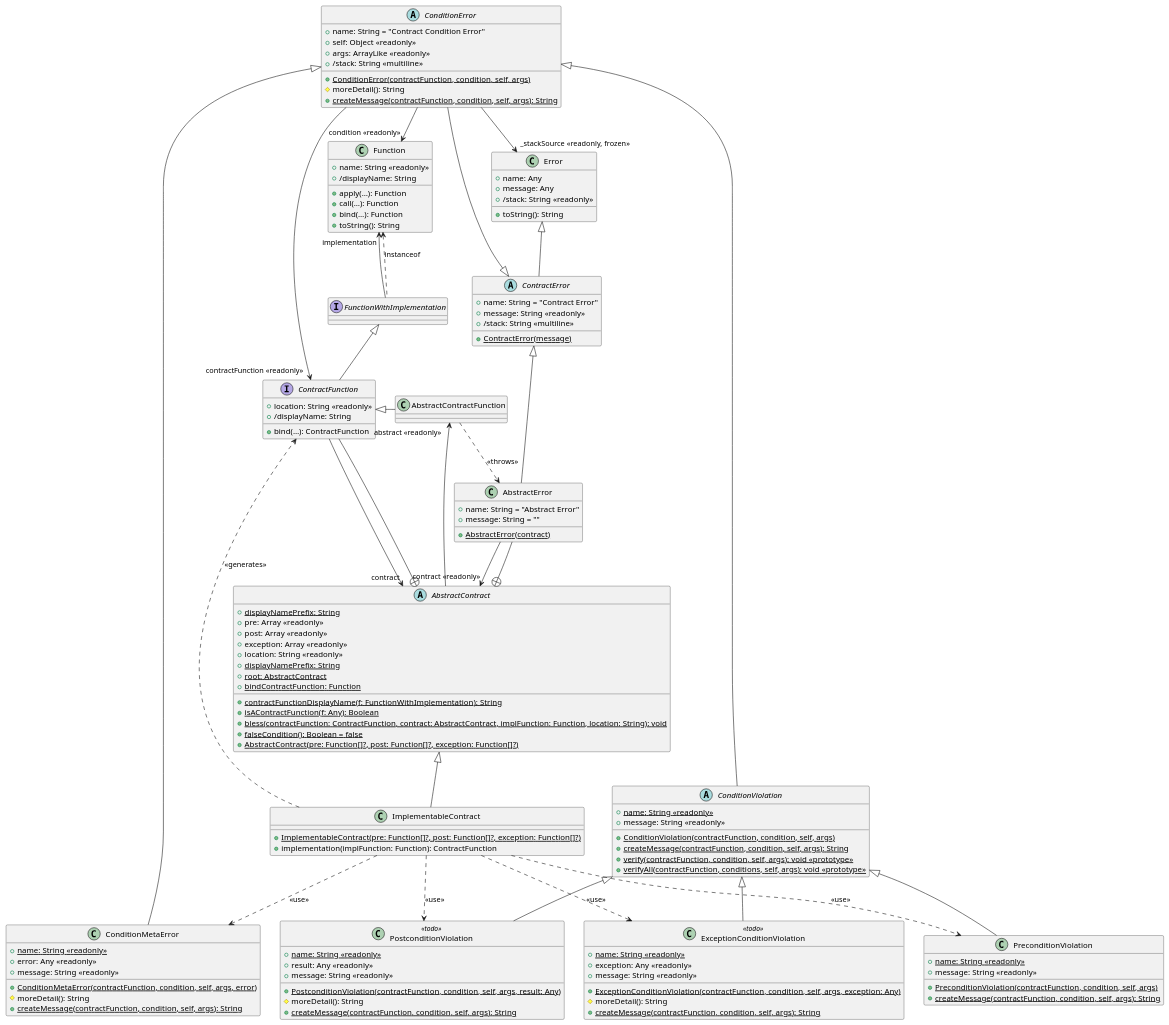
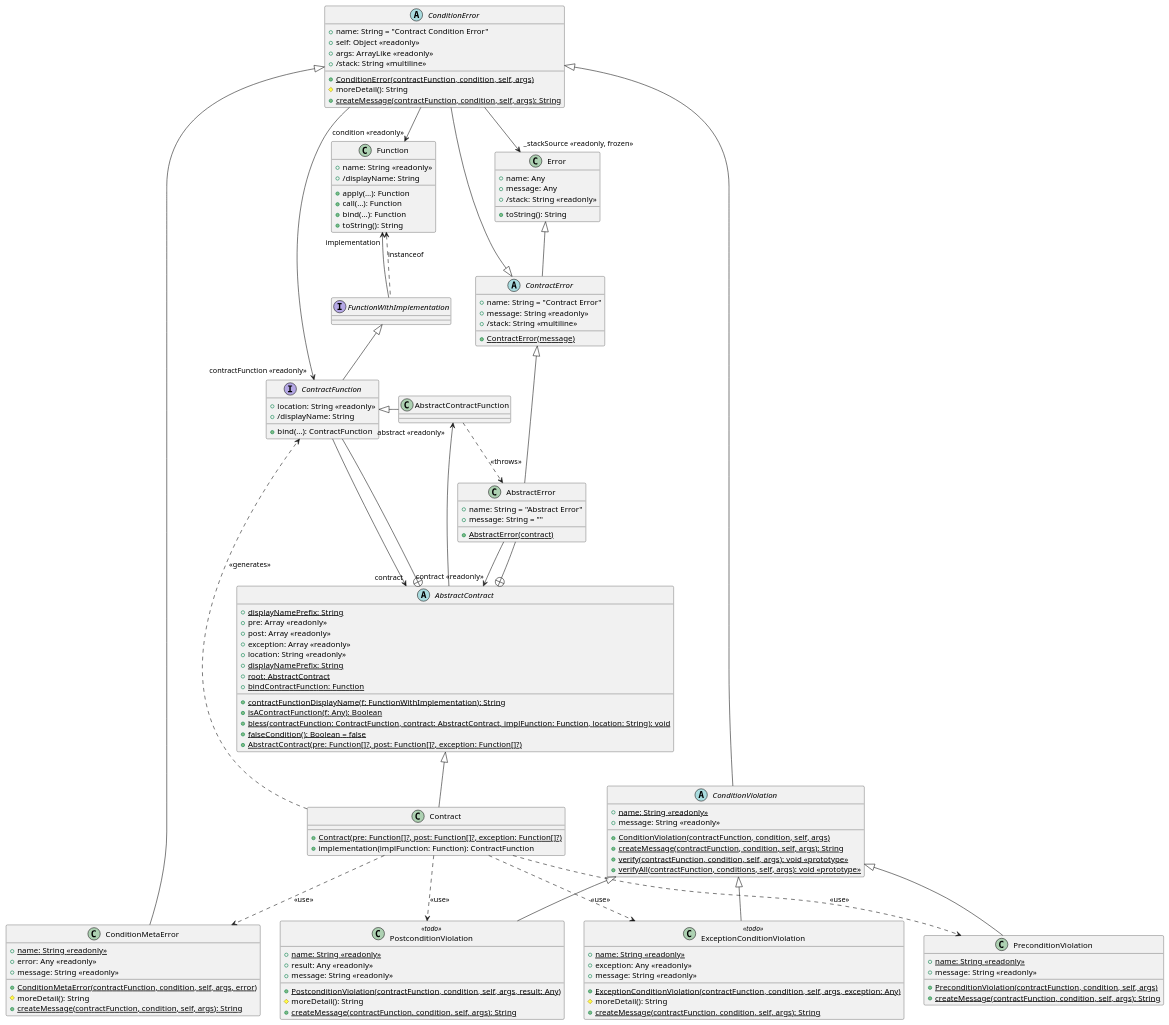
Before and after one commit to Toryt/contracts: the diagram in src/I/model.puml, drawn with PlantUML. The commit also changed 4 other files, not shown here.

Commit message:
Rename ImplementableContract to Contract

```diff
--- a/src/I/model.puml
+++ b/src/I/model.puml
@@ -1,148 +1,148 @@
 @startuml
 
 class Function {
   +name: String <<readonly>>
   +/displayName: String
   +apply(…): Function
   +call(…): Function
   +bind(…): Function
   +toString(): String
 }
 class Error {
   +name: Any
   +message: Any
   +/stack: String <<readonly>>
   +toString(): String
 }
 
 interface FunctionWithImplementation
 
 Function <.. FunctionWithImplementation: instanceof
 FunctionWithImplementation --> "implementation" Function
 
 abstract class AbstractContract {
   +{static} displayNamePrefix: String
   +pre: Array <<readonly>>
   +post: Array <<readonly>>
   +exception: Array <<readonly>>
   +location: String <<readonly>>
   +{static} displayNamePrefix: String
   +{static} root: AbstractContract
   +{static} contractFunctionDisplayName(f: FunctionWithImplementation): String
   +{static} bindContractFunction: Function
   +{static} isAContractFunction(f: Any): Boolean
   +{static} bless(contractFunction: ContractFunction, contract: AbstractContract, implFunction: Function, location: String): void
   +{static} falseCondition(): Boolean = false
   +{static} AbstractContract(pre: Function[]?, post: Function[]?, exception: Function[]?)
 }
 
-class ImplementableContract {
-  +{static} ImplementableContract(pre: Function[]?, post: Function[]?, exception: Function[]?)
+class Contract {
+  +{static} Contract(pre: Function[]?, post: Function[]?, exception: Function[]?)
   +implementation(implFunction: Function): ContractFunction
 }
-AbstractContract <|-- ImplementableContract
+AbstractContract <|-- Contract
 
 interface ContractFunction {
   +location: String <<readonly>>
   +/displayName: String
   +bind(…): ContractFunction
 }
 
 class AbstractContractFunction
 ContractFunction <|- AbstractContractFunction
 
 AbstractContract +-- ContractFunction
 FunctionWithImplementation <|-- ContractFunction
 
 ContractFunction --> "contract" AbstractContract
 AbstractContract --> "abstract <<readonly>>" AbstractContractFunction
 
 abstract class ContractError {
   +name: String = "Contract Error"
   +message: String <<readonly>>
   +/stack: String <<multiline>>
   +{static} ContractError(message)
 }
 Error <|-- ContractError
 
 class AbstractError {
   +name: String = "Abstract Error"
   +message: String = ""
   +{static} AbstractError(contract)
 }
 AbstractContract +-- AbstractError
 ContractError <|-- AbstractError
 AbstractContractFunction ..> AbstractError : "<<throws>>"
 
 AbstractError --> "contract <<readonly>>" AbstractContract
 
 abstract class ConditionError {
   +name: String = "Contract Condition Error"
   +self: Object <<readonly>>
   +args: ArrayLike <<readonly>>
   +/stack: String <<multiline>>
   +{static} ConditionError(contractFunction, condition, self, args)
   #moreDetail(): String
   +{static} createMessage(contractFunction, condition, self, args): String
 }
 ContractError <|-- ConditionError
 
 class ConditionMetaError {
   +{static} name: String <<readonly>>
   +error: Any <<readonly>>
   +message: String <<readonly>>
   +{static} ConditionMetaError(contractFunction, condition, self, args, error)
   #moreDetail(): String
   +{static} createMessage(contractFunction, condition, self, args): String
 }
 
 abstract class ConditionViolation {
   +{static} name: String <<readonly>>
   +message: String <<readonly>>
   +{static} ConditionViolation(contractFunction, condition, self, args)
   +{static} createMessage(contractFunction, condition, self, args): String
   +{static} verify(contractFunction, condition, self, args): void <<prototype>>
   +{static} verifyAll(contractFunction, conditions, self, args): void <<prototype>>
 }
 class PreconditionViolation {
   +{static} name: String <<readonly>>
   +message: String <<readonly>>
   +{static} PreconditionViolation(contractFunction, condition, self, args)
   +{static} createMessage(contractFunction, condition, self, args): String
 }
 class PostconditionViolation <<todo>> {
   +{static} name: String <<readonly>>
   +result: Any <<readonly>>
   +message: String <<readonly>>
   +{static} PostconditionViolation(contractFunction, condition, self, args, result: Any)
   #moreDetail(): String
   +{static} createMessage(contractFunction, condition, self, args): String
 }
 
 class ExceptionConditionViolation <<todo>> {
   +{static} name: String <<readonly>>
   +exception: Any <<readonly>>
   +message: String <<readonly>>
   +{static} ExceptionConditionViolation(contractFunction, condition, self, args, exception: Any)
   #moreDetail(): String
   +{static} createMessage(contractFunction, condition, self, args): String
 }
 
 ConditionError --> "contractFunction <<readonly>>" ContractFunction
 ConditionError --> "condition <<readonly>>" Function
 ConditionError --> "_stackSource <<readonly, frozen>>" Error
 
 ConditionError <|-- ConditionMetaError
 ConditionError <|-- ConditionViolation
 
 ConditionViolation <|-- PreconditionViolation
 ConditionViolation <|-- PostconditionViolation
 ConditionViolation <|-- ExceptionConditionViolation
 
-ImplementableContract ..> ConditionMetaError: <<use>>
-ImplementableContract ..> PreconditionViolation: <<use>>
-ImplementableContract ..> PostconditionViolation: <<use>>
-ImplementableContract ..> ExceptionConditionViolation: <<use>>
-ImplementableContract ..> ContractFunction: <<generates>>
+Contract ..> ConditionMetaError: <<use>>
+Contract ..> PreconditionViolation: <<use>>
+Contract ..> PostconditionViolation: <<use>>
+Contract ..> ExceptionConditionViolation: <<use>>
+Contract ..> ContractFunction: <<generates>>
 
 @enduml
```
